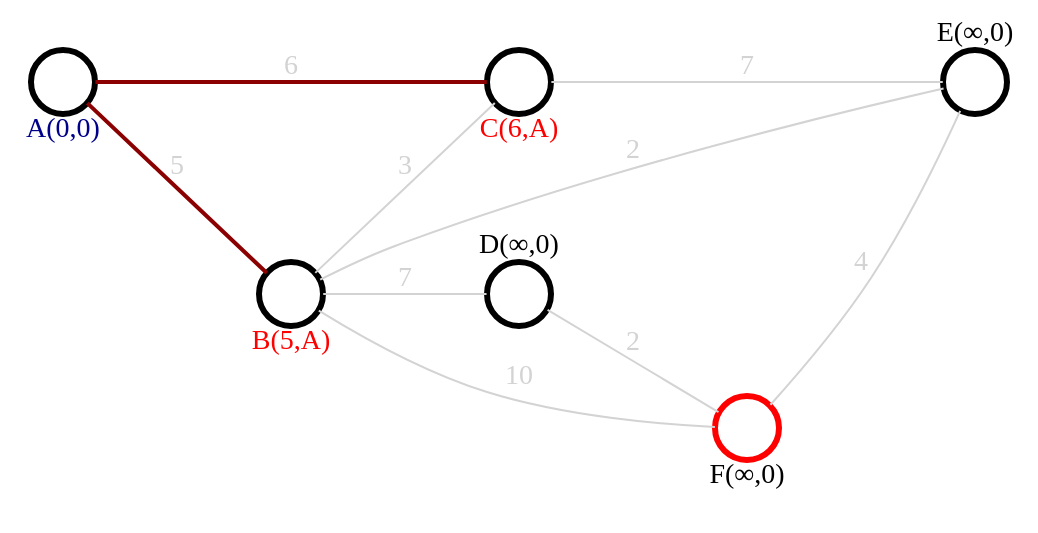
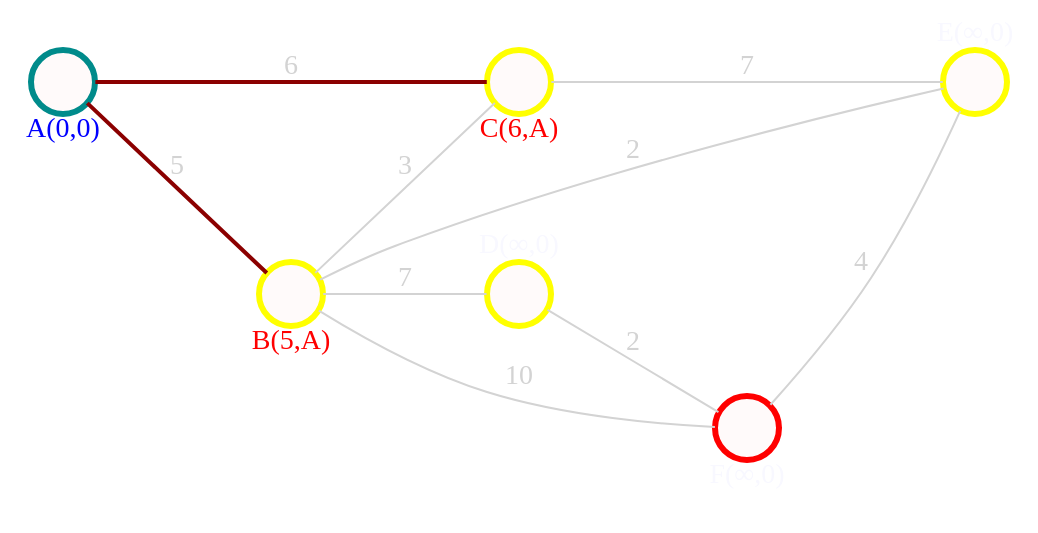
Before and after one commit to dgudim2/obsidian_vault: the second of 6 diagrams in uni/Discrete math/Graphs/Graphs - shortest path.md, drawn with Graphviz. The commit also changed other lines of this file and 7 other files, not shown here.

````diff
--- a/uni/Discrete math/Graphs/Graphs - shortest path.md
+++ b/uni/Discrete math/Graphs/Graphs - shortest path.md
@@ -117,44 +117,44 @@
 ```dot 
 graph neato { 
 
 bgcolor="transparent" 
 
 rankdir="LR"
 
 graph [layout = dot, ranksep=1,nodesep=.5] 
 
 subgraph cluster_space {
 	graph [peripheries=0]
 	
 	node [shape = circle, 
 	      style = filled, 
 	      width=0.45, 
 	      height=0.45, 
-	      color=darkyellow, 
-	      fillcolor=white, 
-	      fontcolor=brightwhite,
+	      color=yellow, 
+	      fillcolor=snow, 
+	      fontcolor=ghostwhite,
 	      fixedsize=true,
 	      penwidth=3] 
 	
-	a [label="\n\n\nA(0,0)",color=darkaqua,fontcolor=darkblue]
+	a [label="\n\n\nA(0,0)",color=darkcyan,fontcolor=blue]
 	b [label="\n\n\nB(5,A)",fontcolor=red]
 	c [label="\n\n\nC(6,A)",fontcolor=red]
 	d [label="D(∞,0)\n\n\n\n"]
 	e [label="E(∞,0)\n\n\n\n"]
 	f [label="\n\n\nF(∞,0)",color=red]
 	
 	edge [color=lightgray, fontcolor=lightgray] 
 	
 	a -- b [label="5",weight=5,color=darkred,penwidth=2]
 	a -- c [label="6",weight=6,color=darkred,penwidth=2]
 	b -- e [label="2",weight=2]
 	b -- f [label="10",weight=10]
 	b -- c [label="3",weight=3]
 	b -- d [label="7",weight=7]
 	c -- e [label="7",weight=7]
 	d -- f [label="2",weight=2]
 	f -- e [label="4",weight=4]
 	
 	}
 } 
 ```
````
